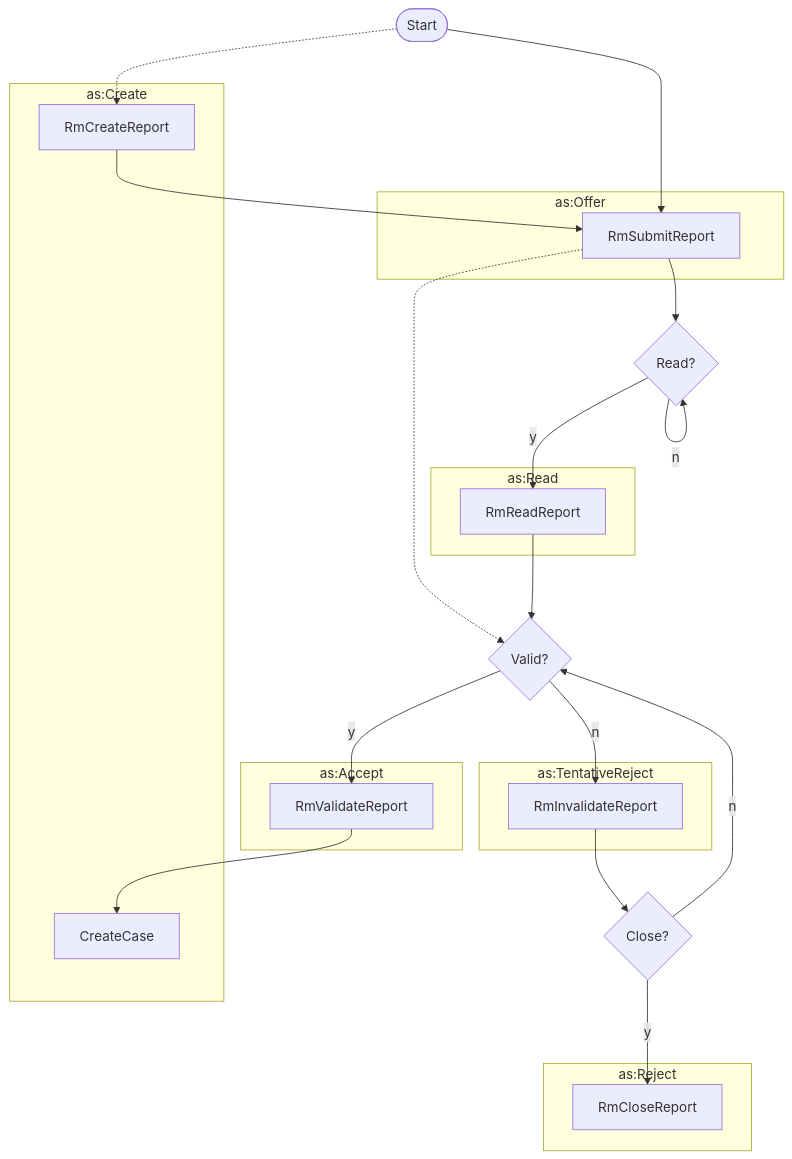
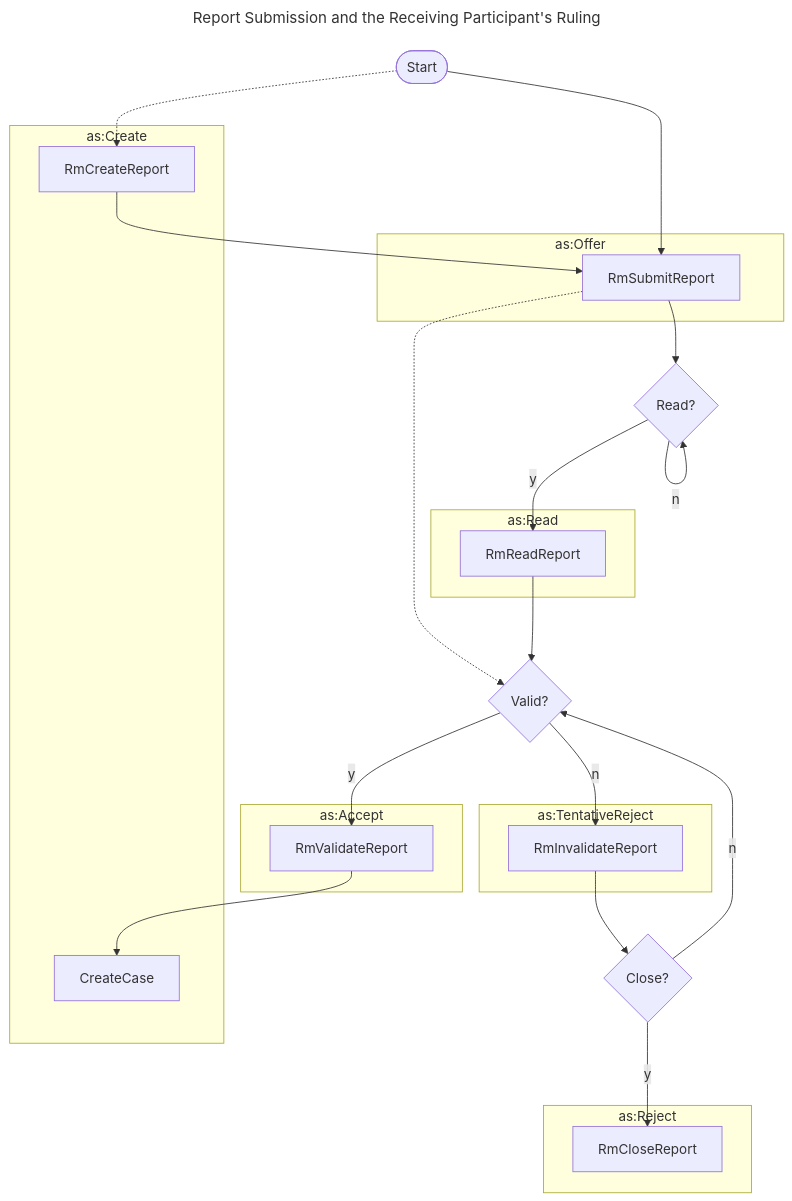
The diagram in docs/howto/activitypub/activities/report_vulnerability.md (CERTCC/Vultron), drawn with Mermaid before and after one commit. The commit also changed other lines of this file and 20 other files, not shown here.

````diff
--- a/docs/howto/activitypub/activities/report_vulnerability.md
+++ b/docs/howto/activitypub/activities/report_vulnerability.md
@@ -29,37 +29,40 @@
 ```mermaid
+---
+title: Report Submission and the Receiving Participant's Ruling
+---
 flowchart TB
     subgraph as:Create
         RmCreateReport
         CreateCase
     end
     subgraph as:Read
         RmReadReport
     end
     subgraph as:Offer
         RmSubmitReport
     end
     subgraph as:Accept
         RmValidateReport
     end
     subgraph as:TentativeReject
         RmInvalidateReport
     end
     subgraph as:Reject
         RmCloseReport
     end
     start([Start])
     start -.-> RmCreateReport
     start --> RmSubmitReport
     RmCreateReport --> RmSubmitReport
     RmSubmitReport -.-> v{Valid?}
     RmSubmitReport --> r{Read?}
     r -->|y| RmReadReport
     r -->|n| r
     v -->|y| RmValidateReport
     RmReadReport --> v
     v -->|n| RmInvalidateReport
     RmInvalidateReport --> c{Close?}
     c -->|y| RmCloseReport
     c -->|n| v
     RmValidateReport --> CreateCase
 ```
````
